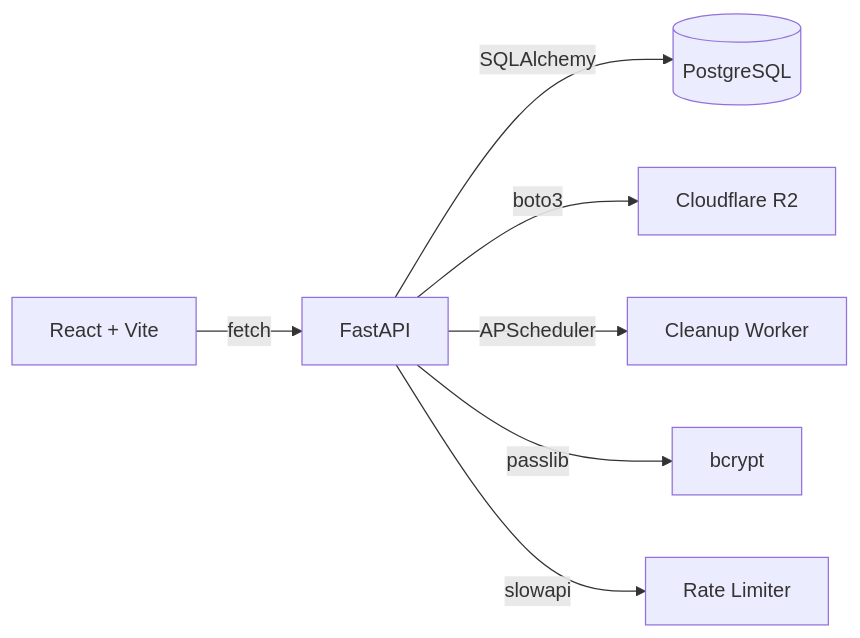
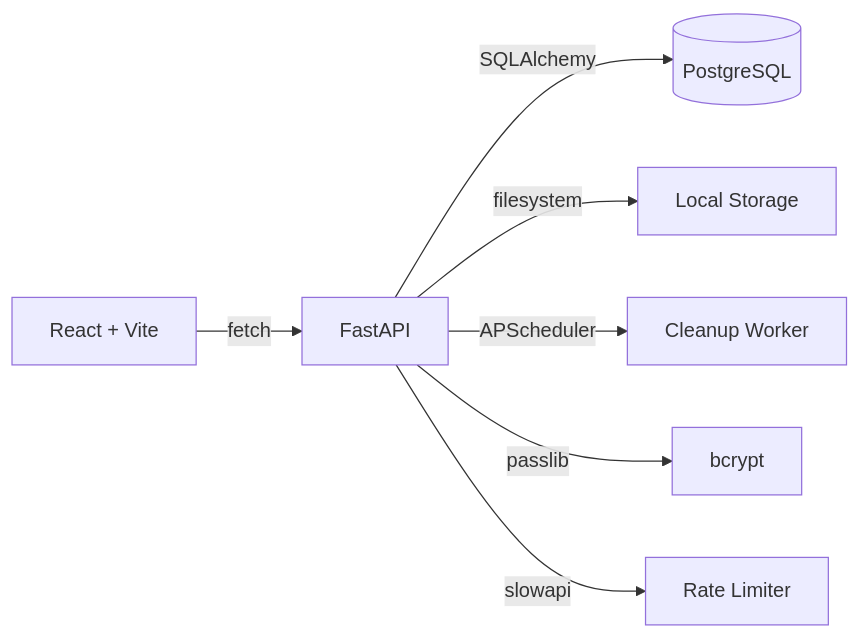
Before and after one commit to Vasanth2005kk/ShareNova: the diagram in README.md, drawn with Mermaid. The commit also changed other lines of this file and 14 other files, not shown here.

````diff
--- a/README.md
+++ b/README.md
@@ -98,9 +98,9 @@
 ```mermaid
 graph LR
     A[React + Vite] -->|fetch| B[FastAPI]
     B -->|SQLAlchemy| C[(PostgreSQL)]
-    B -->|boto3| D[Cloudflare R2]
+    B -->|filesystem| D[Local Storage]
     B -->|APScheduler| E[Cleanup Worker]
     B -->|passlib| F[bcrypt]
     B -->|slowapi| G[Rate Limiter]
 ```
````
